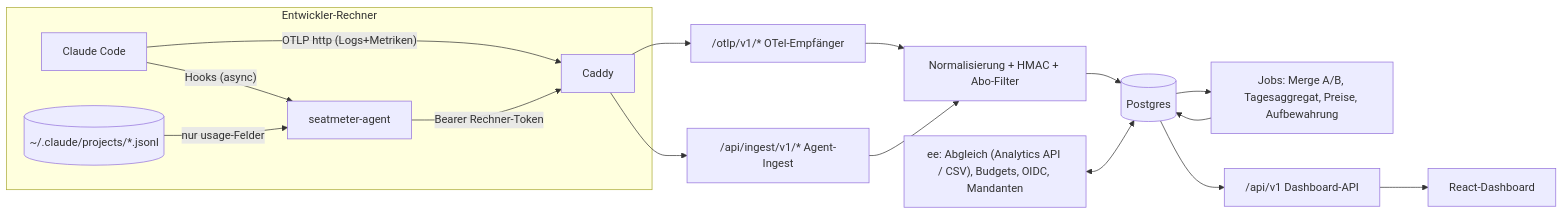
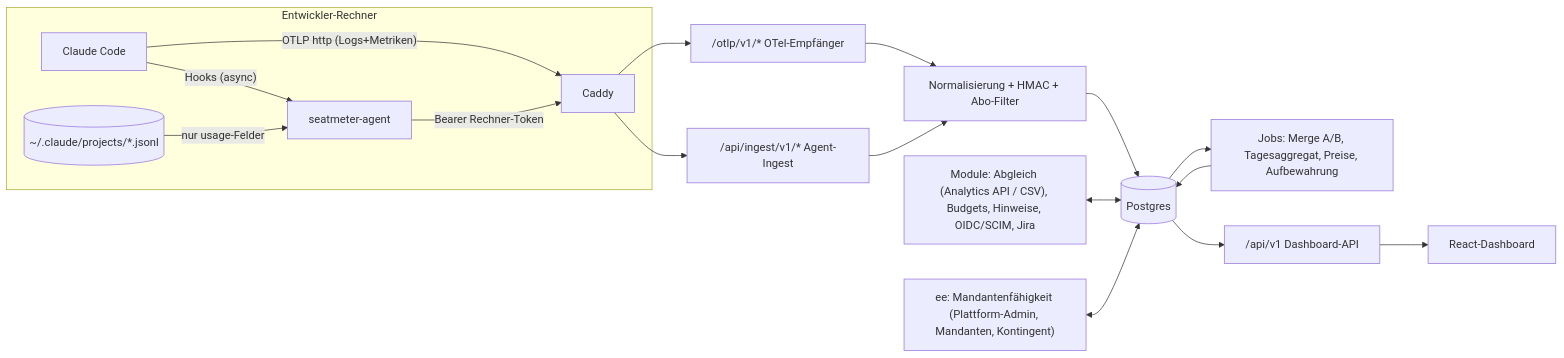
The diagram in docs/ARCHITEKTUR.md (DanielWeeber/seatmeter), drawn with Mermaid before and after one commit. The commit also changed other lines of this file and 34 other files, not shown here.

````diff
--- a/docs/ARCHITEKTUR.md
+++ b/docs/ARCHITEKTUR.md
@@ -44,15 +45,16 @@
 ```mermaid
 flowchart LR
   subgraph Rechner["Entwickler-Rechner"]
     CC[Claude Code] -- "OTLP http (Logs+Metriken)" --> X
     CC -- "Hooks (async)" --> AG[seatmeter-agent]
     TR[(~/.claude/projects/*.jsonl)] -- "nur usage-Felder" --> AG
   end
   X[Caddy] --> OT["/otlp/v1/* OTel-Empfänger"]
   AG -- "Bearer Rechner-Token" --> X --> IN["/api/ingest/v1/* Agent-Ingest"]
   OT & IN --> NM[Normalisierung + HMAC + Abo-Filter] --> PG[(Postgres)]
   PG --> JOB[Jobs: Merge A/B, Tagesaggregat, Preise, Aufbewahrung]
   JOB --> PG
   PG --> API["/api/v1 Dashboard-API"] --> WEB[React-Dashboard]
-  EE["ee: Abgleich (Analytics API / CSV), Budgets, OIDC, Mandanten"] <--> PG
+  MOD["Module: Abgleich (Analytics API / CSV), Budgets, Hinweise, OIDC/SCIM, Jira"] <--> PG
+  EE["ee: Mandantenfähigkeit (Plattform-Admin, Mandanten, Kontingent)"] <--> PG
 ```
````
